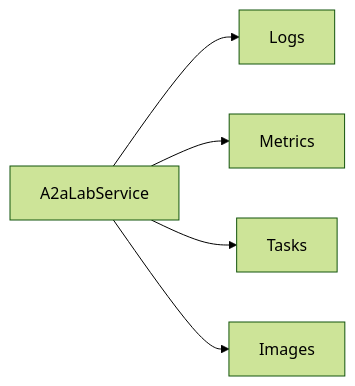
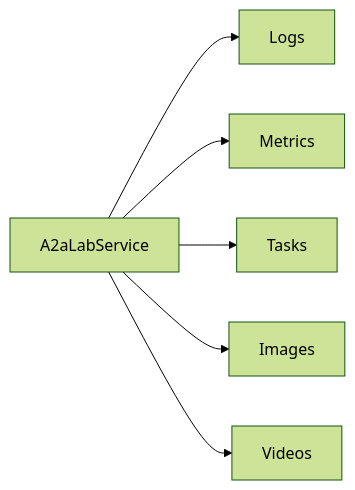
One commit to A3Analytics/a2a-lab-dev-kit-rs changed the diagram in backlog/docs/reference/primitives/doc-17 - A2A-LAB-primitives.md. Above: the diagram before and after it, drawn with Mermaid (forest theme). The commit also changed other lines of this file and 100 other files, not shown here.

````diff
--- a/backlog/docs/reference/primitives/doc-17 - A2A-LAB-primitives.md
+++ b/backlog/docs/reference/primitives/doc-17 - A2A-LAB-primitives.md
@@ -17,9 +17,10 @@
 ```mermaid
 flowchart LR
   accTitle: A2A-LAB primitives
-  accDescr: A2aLabService uses logs, metrics, tasks, and images.
+  accDescr: A2aLabService uses logs, metrics, tasks, images, and optional videos.
   lab["A2aLabService"] --> logs["Logs"]
   lab --> metrics["Metrics"]
   lab --> tasks["Tasks"]
   lab --> images["Images"]
+  lab --> videos["Videos"]
 ```
````
